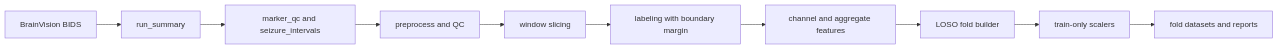
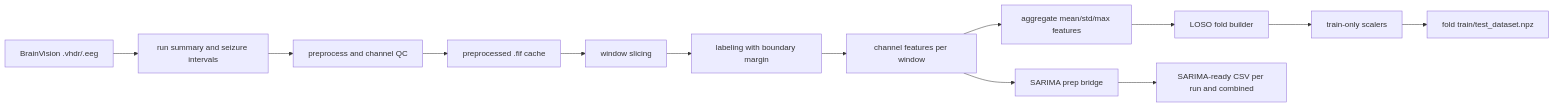
The diagram in docs/data_processing_v2.md (teddywristh/Seizure-Dectection-using-ECoG-), drawn with Mermaid before and after one commit. The commit also changed other lines of this file and 10 other files, not shown here.

````diff
--- a/docs/data_processing_v2.md
+++ b/docs/data_processing_v2.md
@@ -14,12 +24,15 @@
 ```mermaid
 flowchart LR
-    A[BrainVision BIDS] --> B[run_summary]
-    B --> C[marker_qc and seizure_intervals]
-    C --> D[preprocess and QC]
+    A[BrainVision .vhdr/.eeg] --> B[run summary and seizure intervals]
+    B --> C[preprocess and channel QC]
+    C --> D[preprocessed .fif cache]
     D --> E[window slicing]
     E --> F[labeling with boundary margin]
-    F --> G[channel and aggregate features]
-    G --> H[LOSO fold builder]
-    H --> I[train-only scalers]
-    I --> J[fold datasets and reports]
+    F --> G[channel features per window]
+    G --> H[aggregate mean/std/max features]
+    H --> I[LOSO fold builder]
+    I --> J[train-only scalers]
+    J --> K[fold train/test_dataset.npz]
+    G --> L[SARIMA prep bridge]
+    L --> M[SARIMA-ready CSV per run and combined]
 ```
````
